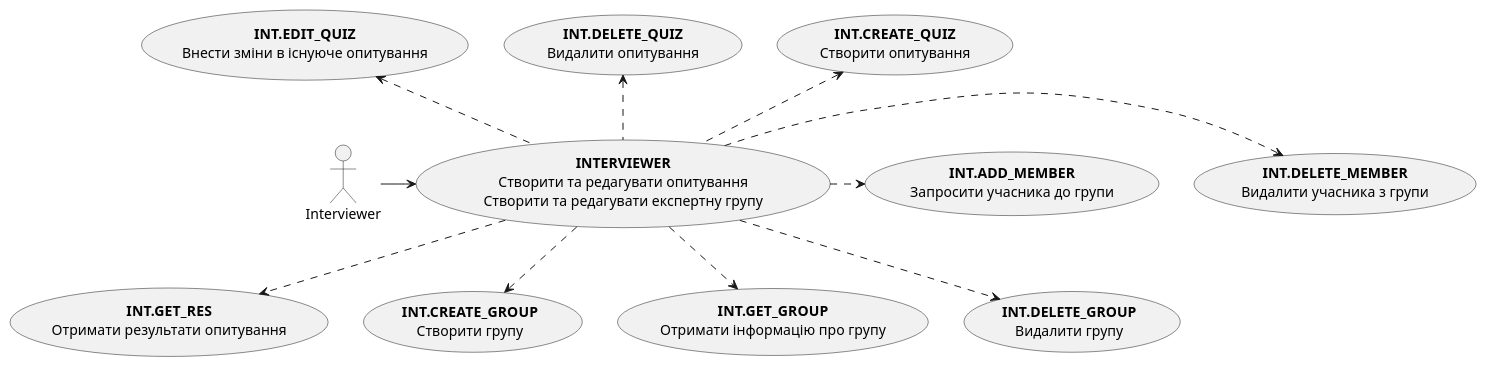
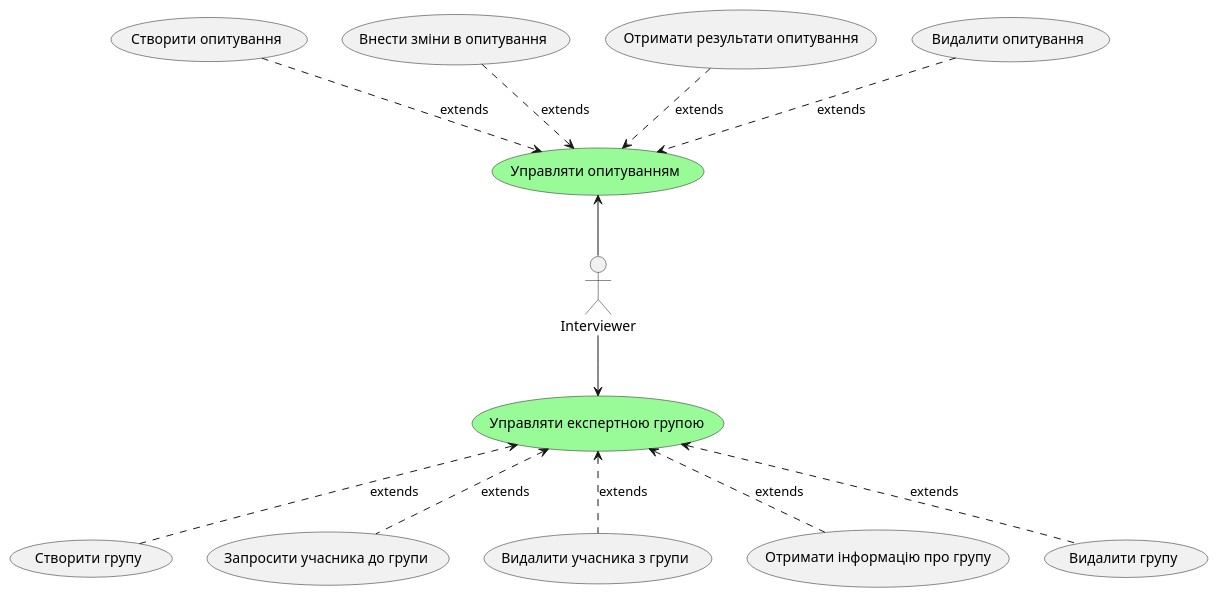
The fourth of 22 diagrams in docs/use cases/README.md (michigang1/ImForms), drawn with PlantUML before and after one commit. The commit also changed other lines of this file, not shown here.

Commit message:
added new diagrams

```diff
--- a/docs/use cases/README.md
+++ b/docs/use cases/README.md
@@ -79,32 +95,31 @@
 @startuml
-actor Interviewer
-
-usecase "<b>INTERVIEWER\nСтворити та редагувати опитування\nСтворити та редагувати експертну групу" as I
-
-usecase "<b>INT.CREATE_QUIZ\nСтворити опитування" as ICQ
-usecase "<b>INT.DELETE_QUIZ\nВидалити опитування" as IDQ
-usecase "<b>INT.EDIT_QUIZ\nВнести зміни в існуюче опитування" as IEQ
-
-usecase "<b>INT.ADD_MEMBER\nЗапросити учасника до групи" as IAM
-usecase "<b>INT.DELETE_MEMBER\nВидалити учасника з групи" as IDM
-usecase "<b>INT.GET_RES\nОтримати результати опитування" as IGR
-
-usecase "<b>INT.CREATE_GROUP\nСтворити групу" as ICG
-usecase "<b>INT.GET_GROUP\nОтримати інформацію про групу" as IGG
-usecase "<b>INT.DELETE_GROUP\nВидалити групу" as IDG
-
-Interviewer -r-> I
-
-I .u.> ICQ
-I .u.> IDQ
-I .u.> IEQ
-
-I .r.> IDM
-I .r.> IAM
-I .d.> IGR
-
-I .d.> ICG
-I .d.> IGG
-I .d.> IDG
-
+  actor Interviewer
+  
+  usecase "Управляти опитуванням" as IO #palegreen
+  usecase "Управляти експертною групою" as IG #palegreen
+  
+  usecase "Створити опитування" as OC
+  usecase "Внести зміни в опитування" as OE
+  usecase "Отримати результати опитування" as OG
+  usecase "Видалити опитування" as OD 
+  
+  usecase "Створити групу" as GC
+  usecase "Запросити учасника до групи" as GMI
+  usecase "Видалити учасника з групи" as GMD
+  usecase "Отримати інформацію про групу" as GI 
+  usecase "Видалити групу" as GD
+  
+  Interviewer -u-> IO
+  Interviewer -d-> IG
+  
+  OC .d.> IO :extends
+  OE .d.> IO :extends
+  OG .d.> IO :extends
+  OD .d.> IO :extends
+  
+  GC .u.> IG :extends
+  GMI .u.> IG :extends
+  GMD .u.> IG :extends
+  GI .u.> IG :extends
+  GD .u.> IG :extends
 @enduml
```
